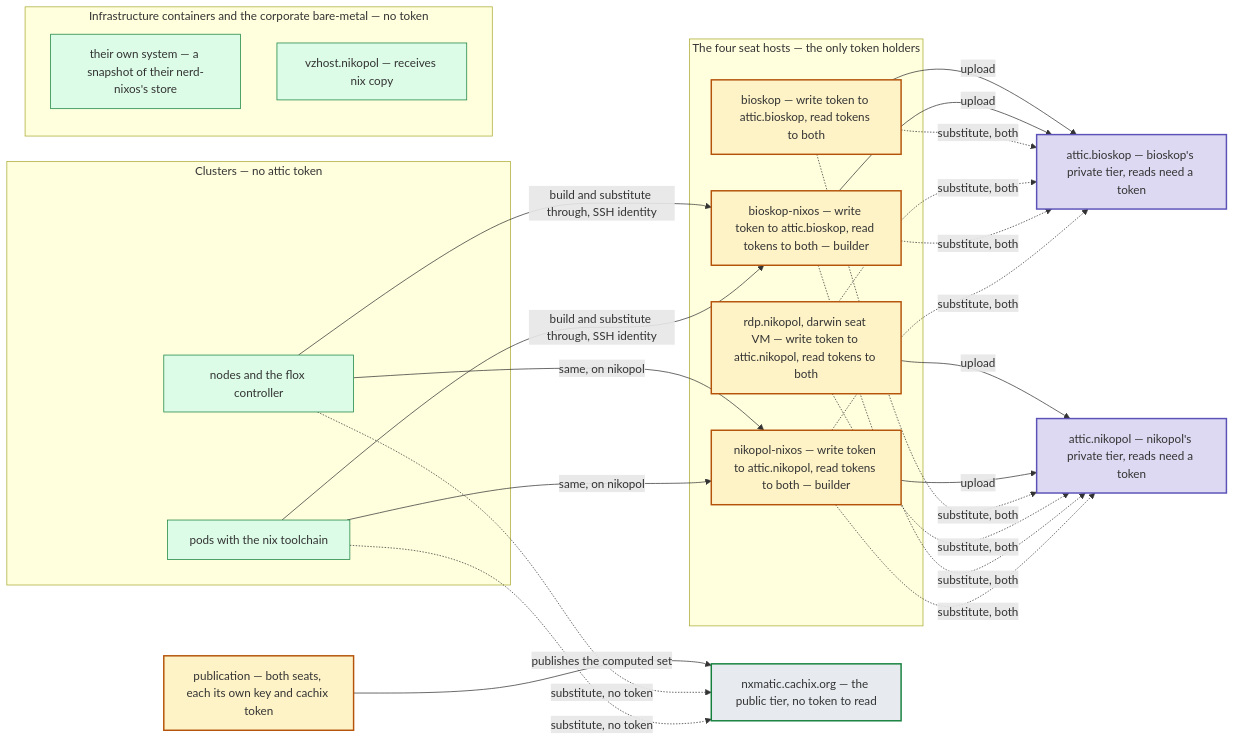
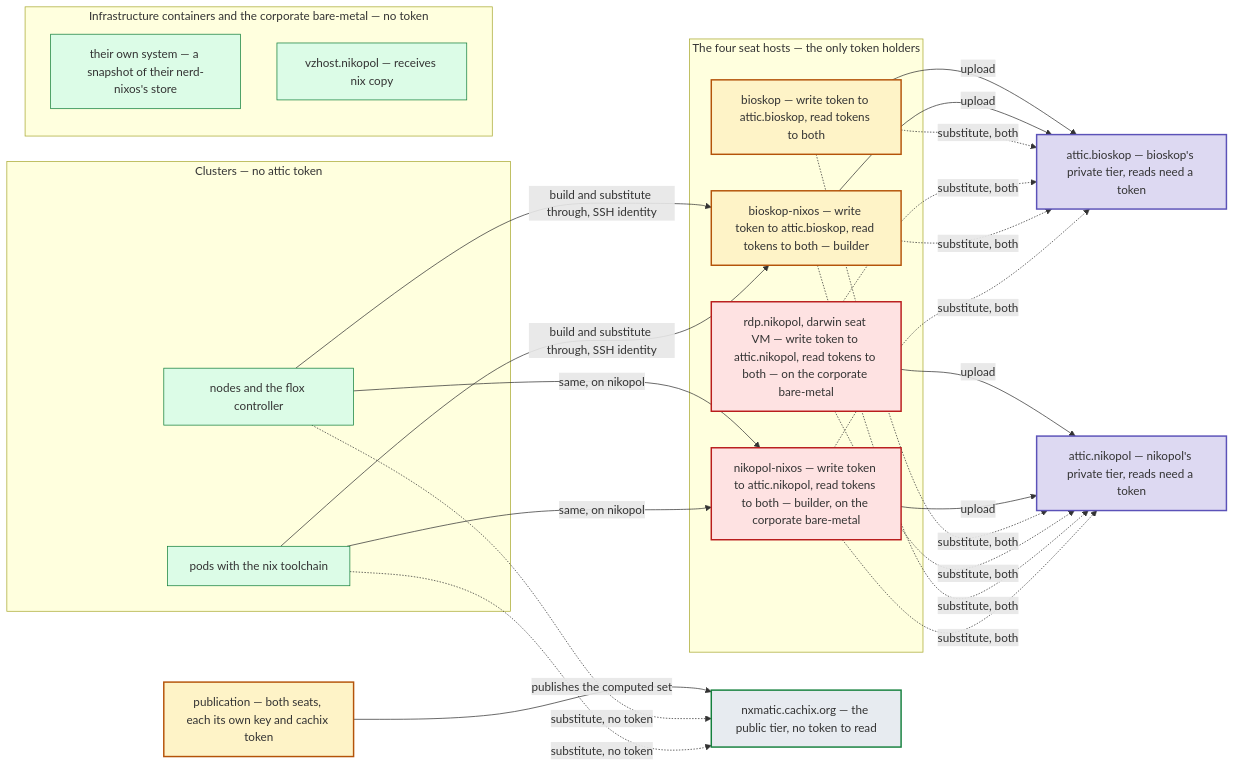
Before and after one commit to seedmatic/ndh: diagram 13 of 14 in docs/private-binary-cache-spec.adoc, drawn with Mermaid. The commit also changed other lines of this file, not shown here.

First line of the commit message:
docs(cache): 🛡️'s review — the corporate hypervisor is an accepted risk, a lost host rotates both secrets

```diff
--- a/docs/private-binary-cache-spec.adoc
+++ b/docs/private-binary-cache-spec.adoc
@@ -1833,35 +1843,36 @@
 [mermaid]
 ....
 flowchart LR
   subgraph HOSTS["The four seat hosts — the only token holders"]
     h1["bioskop — write token to attic.bioskop, read tokens to both"]:::writer
-    h2["rdp.nikopol, darwin seat VM — write token to attic.nikopol, read tokens to both"]:::writer
+    h2["rdp.nikopol, darwin seat VM — write token to attic.nikopol, read tokens to both — on the corporate bare-metal"]:::corp
     h3["bioskop-nixos — write token to attic.bioskop, read tokens to both — builder"]:::writer
-    h4["nikopol-nixos — write token to attic.nikopol, read tokens to both — builder"]:::writer
+    h4["nikopol-nixos — write token to attic.nikopol, read tokens to both — builder, on the corporate bare-metal"]:::corp
   end
   subgraph CLUSTERS["Clusters — no attic token"]
     n1["nodes and the flox controller"]:::none
     p1["pods with the nix toolchain"]:::none
   end
   subgraph INFRA["Infrastructure containers and the corporate bare-metal — no token"]
     c1["their own system — a snapshot of their nerd-nixos's store"]:::none
     vz["vzhost.nikopol — receives nix copy"]:::none
   end
   attB["attic.bioskop — bioskop's private tier, reads need a token"]:::cache
   attN["attic.nikopol — nikopol's private tier, reads need a token"]:::cache
   cx["nxmatic.cachix.org — the public tier, no token to read"]:::pub
   fj["publication — both seats, each its own key and cachix token"]:::writer
 
   h1 & h3 -->|"upload"| attB
   h2 & h4 -->|"upload"| attN
   h1 & h2 & h3 & h4 -.->|"substitute, both"| attB & attN
   fj -->|"publishes the computed set"| cx
   n1 & p1 -.->|"substitute, no token"| cx
   n1 & p1 -->|"build and substitute through, SSH identity"| h3
   n1 & p1 -->|"same, on nikopol"| h4
 
   classDef writer fill:#fef3c7,stroke:#b45309,stroke-width:2px;
+  classDef corp fill:#fee2e2,stroke:#b91c1c,stroke-width:2px;
   classDef none fill:#dcfce7,stroke:#15803d;
   classDef cache fill:#ddd9f2,stroke:#5b52b8,stroke-width:2px;
   classDef pub fill:#e7ebf0,stroke:#15803d,stroke-width:2px;
 ....
```
